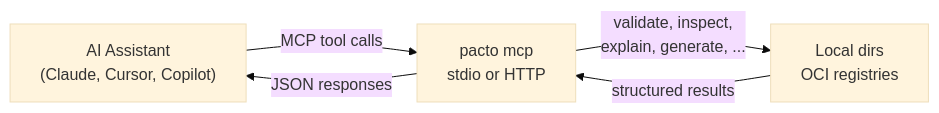
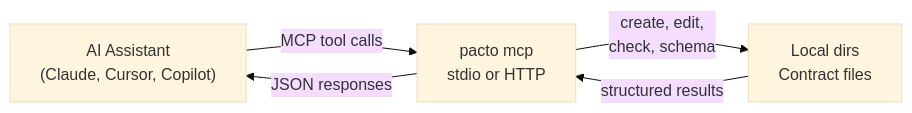
One commit to TrianaLab/pacto changed the diagram in docs/mcp-integration.md. Above: the diagram before and after it, drawn with Mermaid (base theme). The commit also changed other lines of this file and 6 other files, not shown here.

````diff
--- a/docs/mcp-integration.md
+++ b/docs/mcp-integration.md
@@ -32,7 +32,7 @@
 ```mermaid
 flowchart LR
     AI["AI Assistant<br/>(Claude, Cursor, Copilot)"] -->|"MCP tool calls"| MCP["pacto mcp<br/>stdio or HTTP"]
-    MCP -->|"validate, inspect,<br/>explain, generate, ..."| Sources["Local dirs<br/>OCI registries"]
+    MCP -->|"create, edit,<br/>check, schema"| Sources["Local dirs<br/>Contract files"]
     Sources -->|"structured results"| MCP
     MCP -->|"JSON responses"| AI
 ```
````
